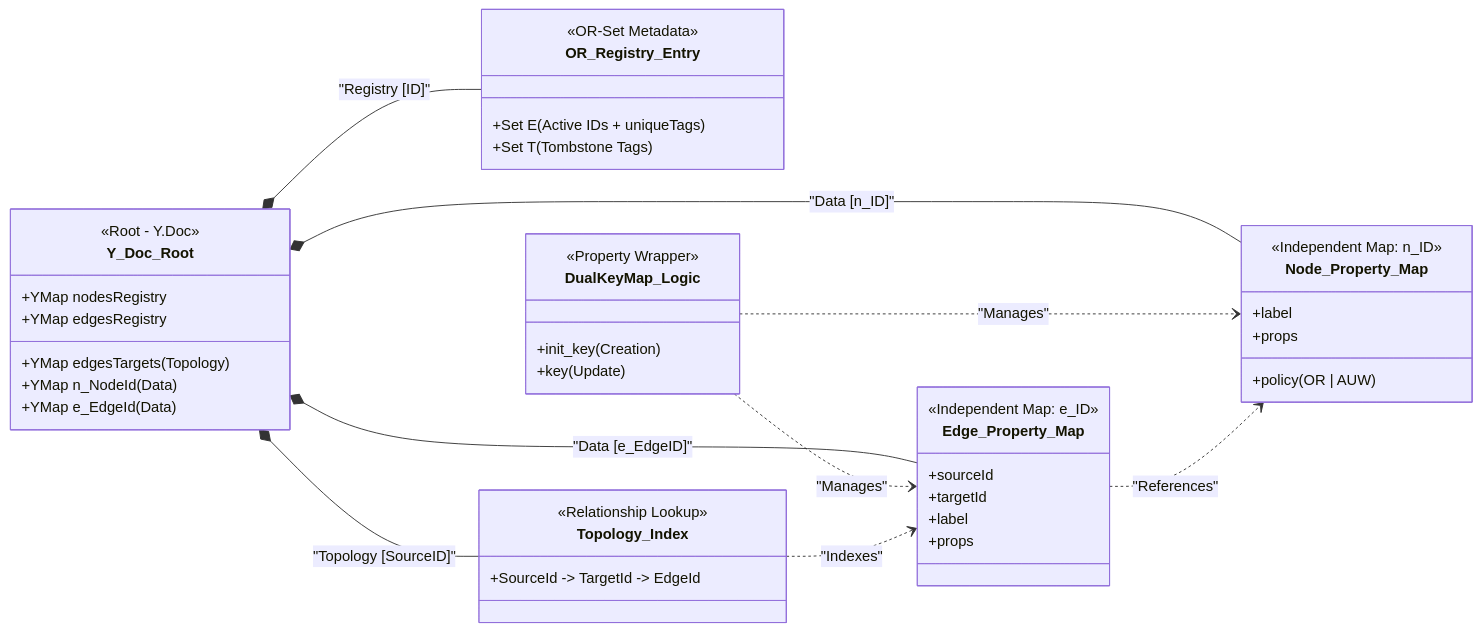
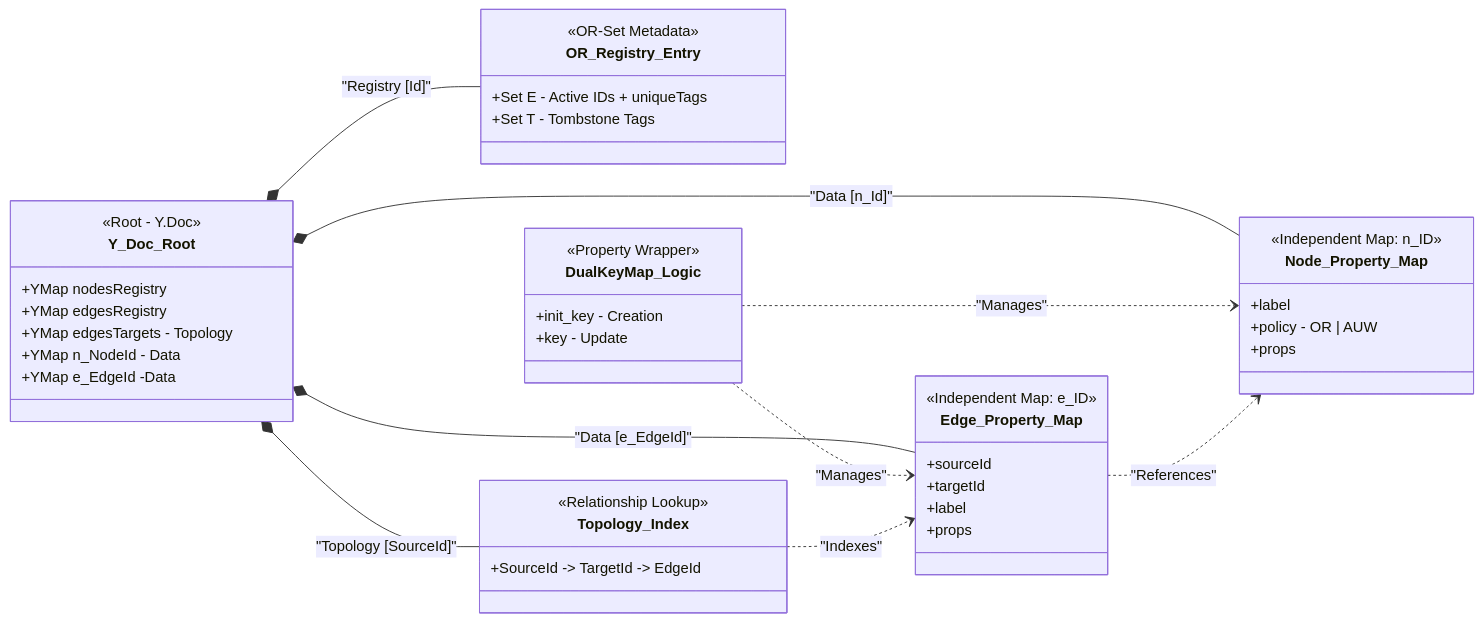
The third of 5 diagrams in MasterReactApp_ts/Thoughts/Architecture/PG-Gaph_CRDT.md (MichaLandgram/Property_Graph_CRDT), drawn with Mermaid before and after one commit. The commit also changed 3 other files, not shown here.

Commit message:
docs: Add initial architectural decision comparisons, CRDT notes, and research questions for the project.

````diff
--- a/MasterReactApp_ts/Thoughts/Architecture/PG-Gaph_CRDT.md
+++ b/MasterReactApp_ts/Thoughts/Architecture/PG-Gaph_CRDT.md
@@ -101,55 +101,55 @@
 ```mermaid
 classDiagram
     direction LR
     class Y_Doc_Root {
         <<Root - Y.Doc>>
         +YMap nodesRegistry
         +YMap edgesRegistry
-        +YMap edgesTargets (Topology)
-        +YMap n_NodeId (Data)
-        +YMap e_EdgeId (Data)
+        +YMap edgesTargets - Topology
+        +YMap n_NodeId - Data
+        +YMap e_EdgeId -Data
     }
 
     class OR_Registry_Entry {
         <<OR-Set Metadata>>
-        +Set E (Active IDs + uniqueTags)
-        +Set T (Tombstone Tags)
+        +Set E - Active IDs + uniqueTags
+        +Set T - Tombstone Tags
     }
 
     class DualKeyMap_Logic {
         <<Property Wrapper>>
-        +init_key (Creation)
-        +key (Update)
+        +init_key - Creation
+        +key - Update
     }
 
     class Node_Property_Map {
         <<Independent Map: n_ID>>
         +label
-        +policy (OR | AUW)
+        +policy - OR | AUW
         +props
     }
 
     class Edge_Property_Map {
         <<Independent Map: e_ID>>
         +sourceId
         +targetId
         +label
         +props
     }
 
     class Topology_Index {
         <<Relationship Lookup>>
         +SourceId -> TargetId -> EdgeId
     }
 
-    Y_Doc_Root *-- OR_Registry_Entry : "Registry [ID]"
-    Y_Doc_Root *-- Topology_Index : "Topology [SourceID]"
-    Y_Doc_Root *-- Node_Property_Map : "Data [n_ID]"
-    Y_Doc_Root *-- Edge_Property_Map : "Data [e_EdgeID]"
+    Y_Doc_Root *-- OR_Registry_Entry : "Registry [Id]"
+    Y_Doc_Root *-- Topology_Index : "Topology [SourceId]"
+    Y_Doc_Root *-- Node_Property_Map : "Data [n_Id]"
+    Y_Doc_Root *-- Edge_Property_Map : "Data [e_EdgeId]"
     
     DualKeyMap_Logic ..> Node_Property_Map : "Manages"
     DualKeyMap_Logic ..> Edge_Property_Map : "Manages"
     
     Topology_Index ..> Edge_Property_Map : "Indexes"
     Edge_Property_Map ..> Node_Property_Map : "References"
 ```
````
